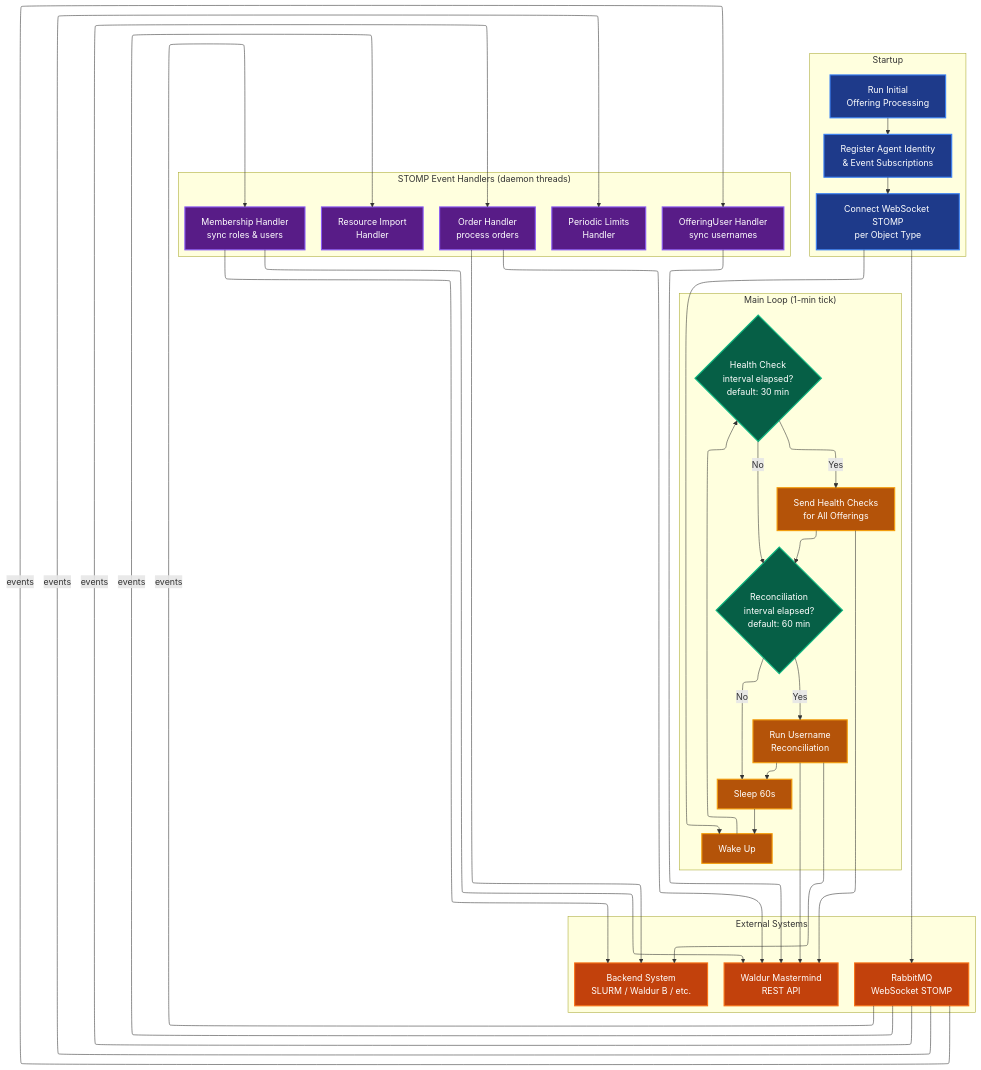
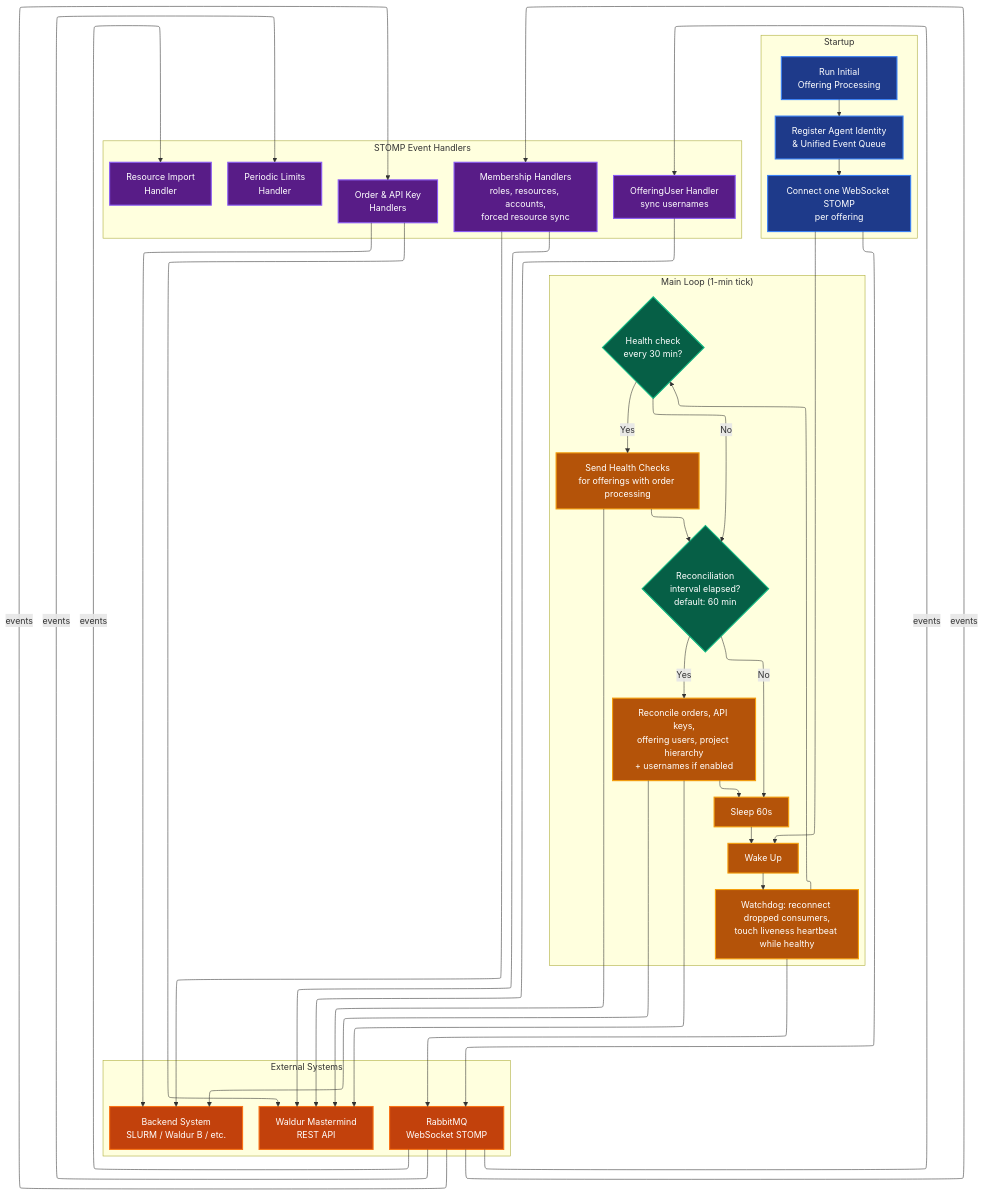
Before and after one commit to waldur/waldur-site-agent: the third of 3 diagrams in docs/architecture.md, drawn with Mermaid. The commit also changed other lines of this file and 6 other files, not shown here.

Commit message:
Bring core configuration and architecture docs in line with the code [#49]

````diff
--- a/docs/architecture.md
+++ b/docs/architecture.md
@@ -114,78 +119,80 @@
 ```mermaid
 ---
 config:
   layout: elk
 ---
 graph TB
     subgraph "Startup"
         INIT[Run Initial<br/>Offering Processing]
-        REG[Register Agent Identity<br/>& Event Subscriptions]
-        STOMP_CONN[Connect WebSocket STOMP<br/>per Object Type]
+        REG[Register Agent Identity<br/>& Unified Event Queue]
+        STOMP_CONN[Connect one WebSocket STOMP<br/>per offering]
     end
 
     subgraph "Main Loop (1-min tick)"
         TICK[Wake Up]
-        HC_CHECK{Health Check<br/>interval elapsed?<br/>default: 30 min}
-        HC[Send Health Checks<br/>for All Offerings]
+        WD[Watchdog: reconnect dropped consumers,<br/>touch liveness heartbeat while healthy]
+        HC_CHECK{Health check<br/>every 30 min?}
+        HC[Send Health Checks<br/>for offerings with order processing]
         RC_CHECK{Reconciliation<br/>interval elapsed?<br/>default: 60 min}
-        RC[Run Username<br/>Reconciliation]
+        RC[Reconcile orders, API keys,<br/>offering users, project hierarchy<br/>+ usernames if enabled]
         SLEEP[Sleep 60s]
     end
 
-    subgraph "STOMP Event Handlers (daemon threads)"
-        ORDER_H[Order Handler<br/>process orders]
-        MEMBER_H[Membership Handler<br/>sync roles & users]
+    subgraph "STOMP Event Handlers"
+        ORDER_H[Order & API Key<br/>Handlers]
+        MEMBER_H[Membership Handlers<br/>roles, resources, accounts,<br/>forced resource sync]
         OU_H[OfferingUser Handler<br/>sync usernames]
         IMPORT_H[Resource Import<br/>Handler]
         LIMITS_H[Periodic Limits<br/>Handler]
     end
 
     subgraph "External Systems"
         WALDUR[Waldur Mastermind<br/>REST API]
         RMQ[RabbitMQ<br/>WebSocket STOMP]
         BACKEND[Backend System<br/>SLURM / Waldur B / etc.]
     end
 
     %% Startup flow
     INIT --> REG --> STOMP_CONN
 
     %% Main loop
     STOMP_CONN --> TICK
-    TICK --> HC_CHECK
+    TICK --> WD --> HC_CHECK
     HC_CHECK -->|Yes| HC --> RC_CHECK
     HC_CHECK -->|No| RC_CHECK
     RC_CHECK -->|Yes| RC --> SLEEP
     RC_CHECK -->|No| SLEEP
     SLEEP --> TICK
 
     %% STOMP event handlers
     RMQ -->|events| ORDER_H
     RMQ -->|events| MEMBER_H
     RMQ -->|events| OU_H
     RMQ -->|events| IMPORT_H
     RMQ -->|events| LIMITS_H
 
     %% External connections
     ORDER_H --> WALDUR
     MEMBER_H --> WALDUR
     OU_H --> WALDUR
     HC --> WALDUR
     RC --> WALDUR
     RC --> BACKEND
     ORDER_H --> BACKEND
     MEMBER_H --> BACKEND
     STOMP_CONN --> RMQ
+    WD --> RMQ
 
     %% Styling - Dark mode compatible colors
     classDef startup fill:#1E3A8A,stroke:#3B82F6,stroke-width:2px,color:#FFFFFF
     classDef loop fill:#B45309,stroke:#F59E0B,stroke-width:2px,color:#FFFFFF
     classDef handler fill:#581C87,stroke:#8B5CF6,stroke-width:2px,color:#FFFFFF
     classDef external fill:#C2410C,stroke:#F97316,stroke-width:2px,color:#FFFFFF
     classDef decision fill:#065F46,stroke:#10B981,stroke-width:2px,color:#FFFFFF
 
     class INIT,REG,STOMP_CONN startup
-    class TICK,HC,RC,SLEEP loop
+    class TICK,WD,HC,RC,SLEEP loop
     class ORDER_H,MEMBER_H,OU_H,IMPORT_H,LIMITS_H handler
     class WALDUR,RMQ,BACKEND external
     class HC_CHECK,RC_CHECK decision
 ```
````
